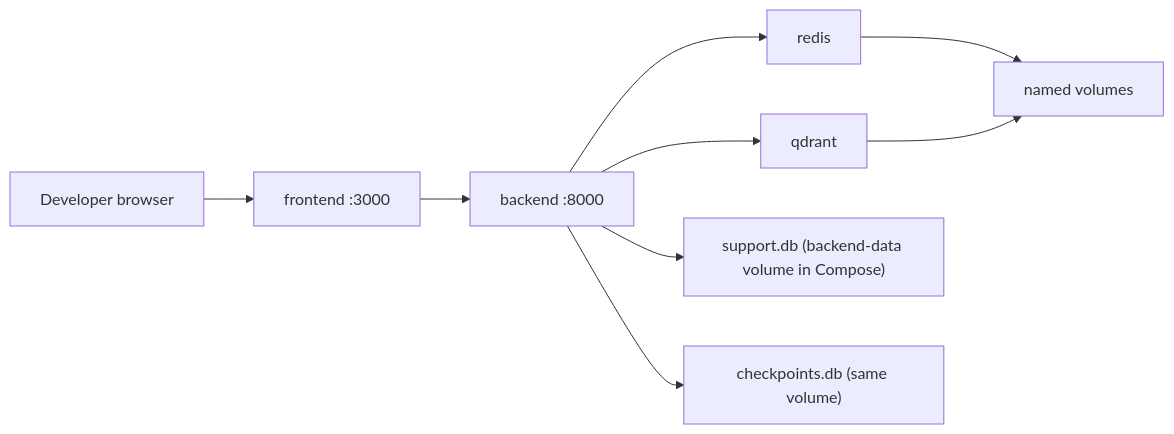
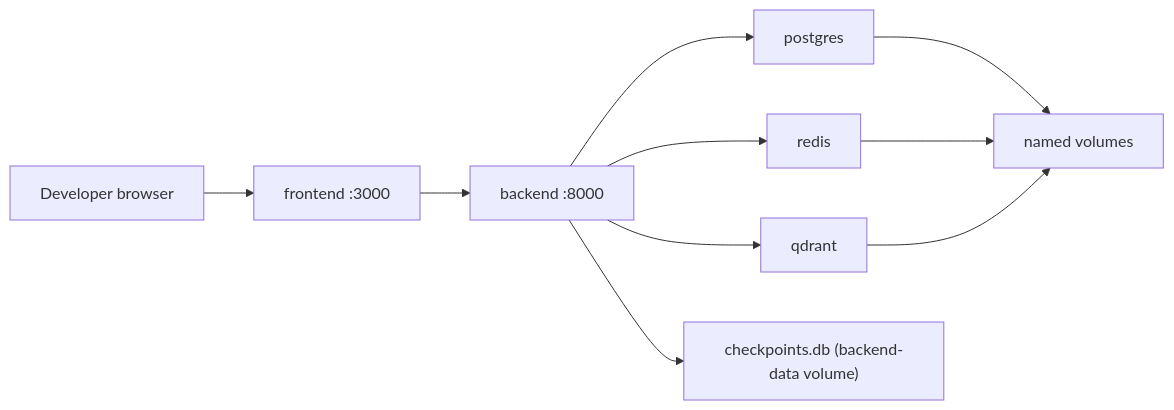
Before and after one commit to emkays-codelabs/clouddesk: the fifth of 6 diagrams in docs/design/05_ARCHITECTURE.md, drawn with Mermaid. The commit also changed other lines of this file and 17 other files, not shown here.

Commit message:
docs: align README, CLAUDE.md, ADRs, architecture, user guide and phase documents with the real-services stack

````diff
--- a/docs/design/05_ARCHITECTURE.md
+++ b/docs/design/05_ARCHITECTURE.md
@@ -626,11 +628,12 @@
 ```mermaid
 flowchart LR
   Dev[Developer browser] --> Web["frontend :3000"]
   Web --> Api["backend :8000"]
+  Api --> PgC[postgres]
   Api --> RedisC[redis]
   Api --> QdrantC[qdrant]
-  Api --> SupportDB["support.db (backend-data volume in Compose)"]
-  Api --> Checkpoint["checkpoints.db (same volume)"]
-  RedisC --> Vol[named volumes]
+  Api --> Checkpoint["checkpoints.db (backend-data volume)"]
+  PgC --> Vol[named volumes]
+  RedisC --> Vol
   QdrantC --> Vol
 ```
````
